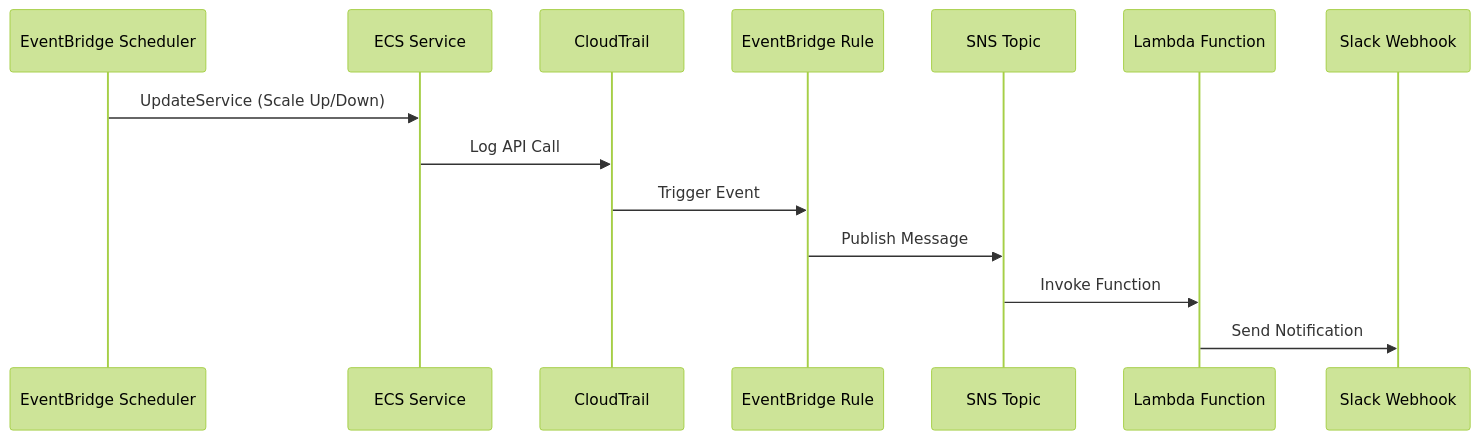
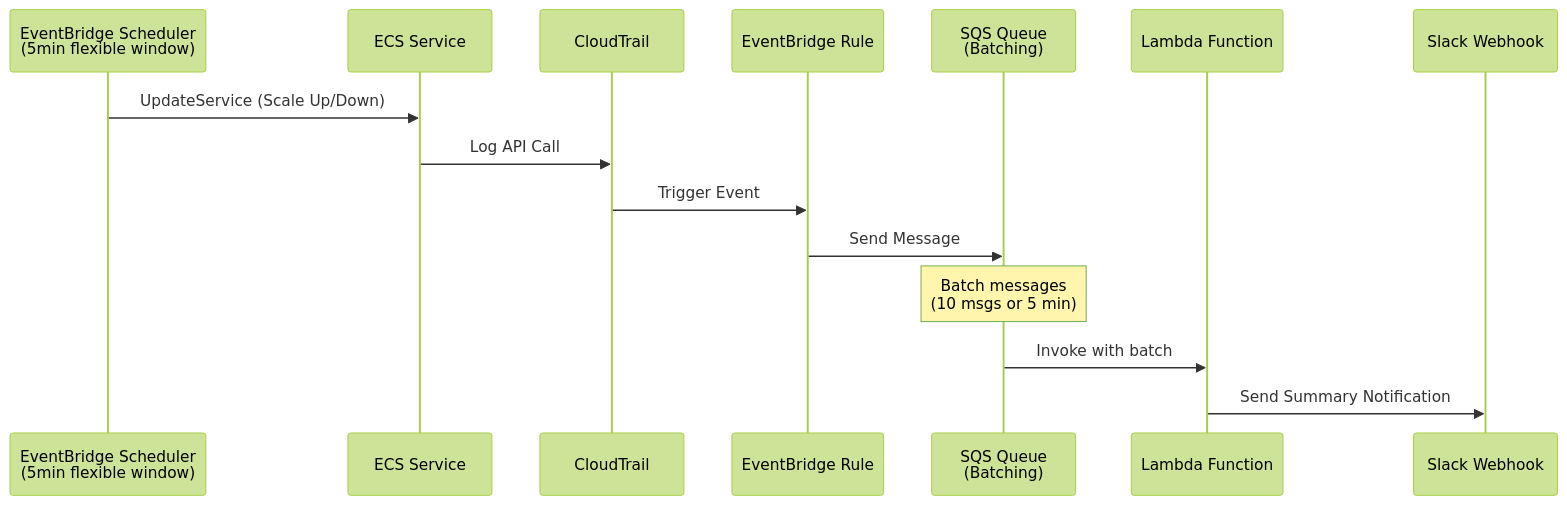
The diagram in README.md (ByeongHunKim/terraform-ecs-scheduler-module), drawn with Mermaid (forest theme) before and after one commit. The commit also changed other lines of this file, not shown here.

````diff
--- a/README.md
+++ b/README.md
@@ -29,17 +35,18 @@
 ```mermaid
 sequenceDiagram
-    participant Scheduler as EventBridge Scheduler
+    participant Scheduler as EventBridge Scheduler<br/>(5min flexible window)
     participant ECS as ECS Service
     participant Trail as CloudTrail
     participant Rule as EventBridge Rule
-    participant SNS as SNS Topic
+    participant SQS as SQS Queue<br/>(Batching)
     participant Lambda as Lambda Function
     participant Slack as Slack Webhook
 
     Scheduler->>ECS: UpdateService (Scale Up/Down)
     ECS->>Trail: Log API Call
     Trail->>Rule: Trigger Event
-    Rule->>SNS: Publish Message
-    SNS->>Lambda: Invoke Function
-    Lambda->>Slack: Send Notification
+    Rule->>SQS: Send Message
+    Note over SQS: Batch messages<br/>(10 msgs or 5 min)
+    SQS->>Lambda: Invoke with batch
+    Lambda->>Slack: Send Summary Notification
 ```
````
